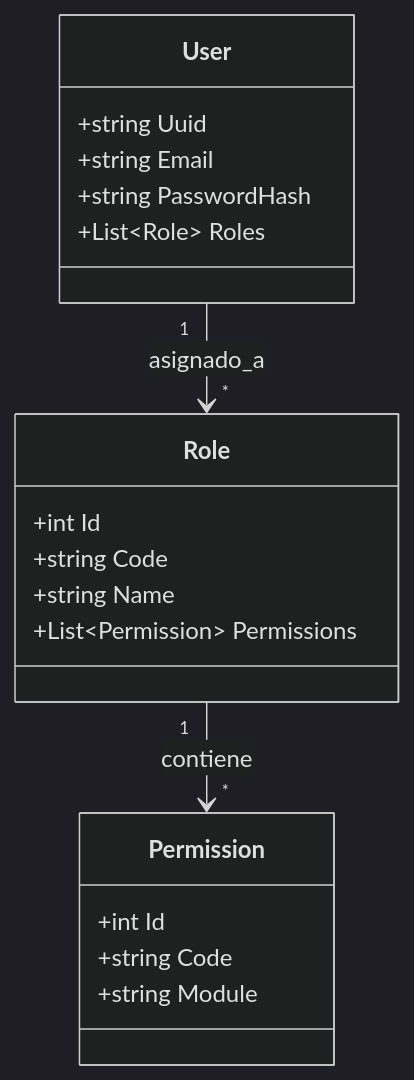
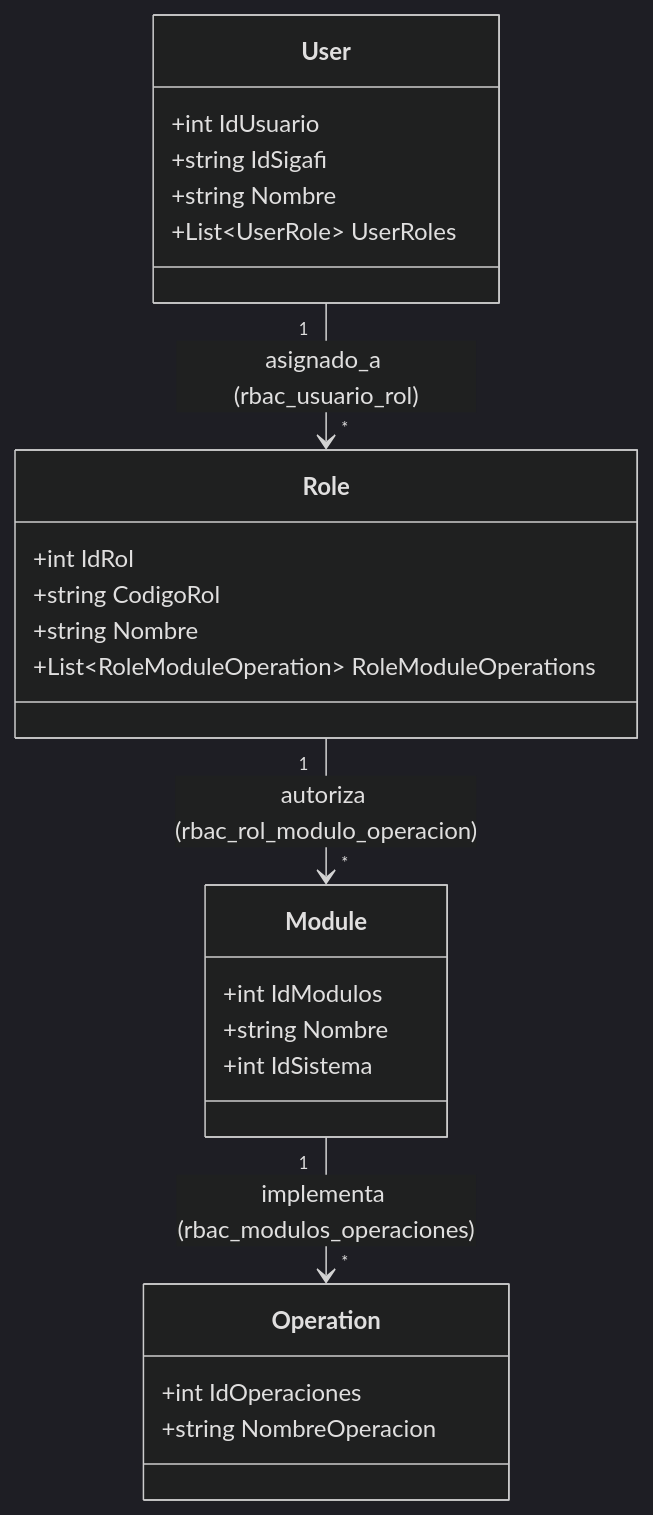
Before and after one commit to JorgeDoicela/dosier: the second of 2 diagrams in docs/documentacion/02-backend-servicios/02-autenticacion-sso-y-rbac.md, drawn with Mermaid (dark theme). The commit also changed other lines of this file and 34 other files, not shown here.

````diff
--- a/docs/documentacion/02-backend-servicios/02-autenticacion-sso-y-rbac.md
+++ b/docs/documentacion/02-backend-servicios/02-autenticacion-sso-y-rbac.md
@@ -60,25 +59,31 @@
 ```mermaid
 classDiagram
     class User {
-        +string Uuid
-        +string Email
-        +string PasswordHash
-        +List~Role~ Roles
+        +int IdUsuario
+        +string IdSigafi
+        +string Nombre
+        +List~UserRole~ UserRoles
     }
 
     class Role {
-        +int Id
-        +string Code
-        +string Name
-        +List~Permission~ Permissions
+        +int IdRol
+        +string CodigoRol
+        +string Nombre
+        +List~RoleModuleOperation~ RoleModuleOperations
     }
 
-    class Permission {
-        +int Id
-        +string Code
-        +string Module
+    class Module {
+        +int IdModulos
+        +string Nombre
+        +int IdSistema
     }
 
-    User "1" --> "*" Role : asignado_a
-    Role "1" --> "*" Permission : contiene
+    class Operation {
+        +int IdOperaciones
+        +string NombreOperacion
+    }
+
+    User "1" --> "*" Role : asignado_a (rbac_usuario_rol)
+    Role "1" --> "*" Module : autoriza (rbac_rol_modulo_operacion)
+    Module "1" --> "*" Operation : implementa (rbac_modulos_operaciones)
 ```
````
